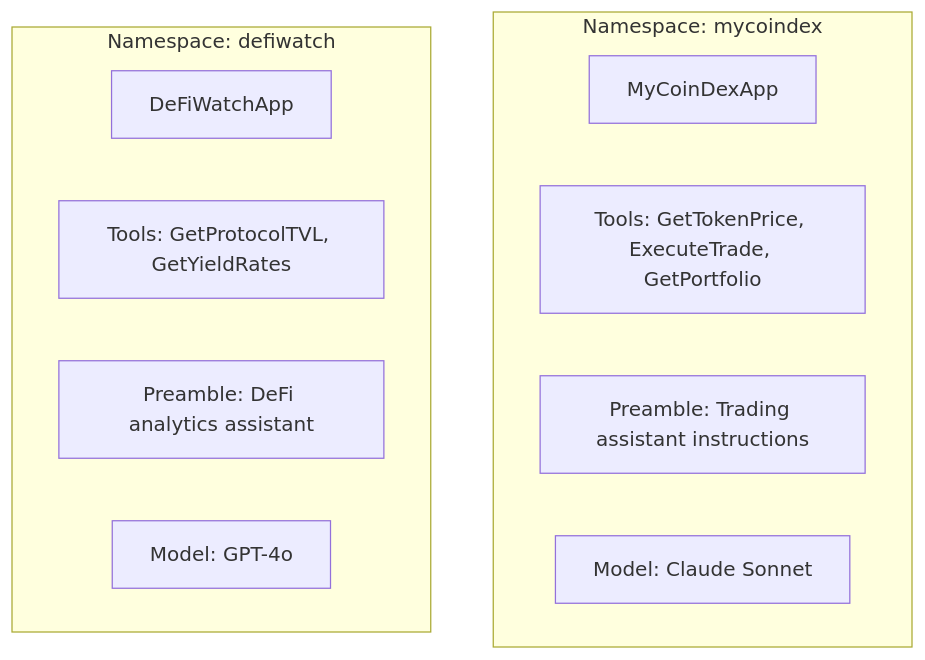
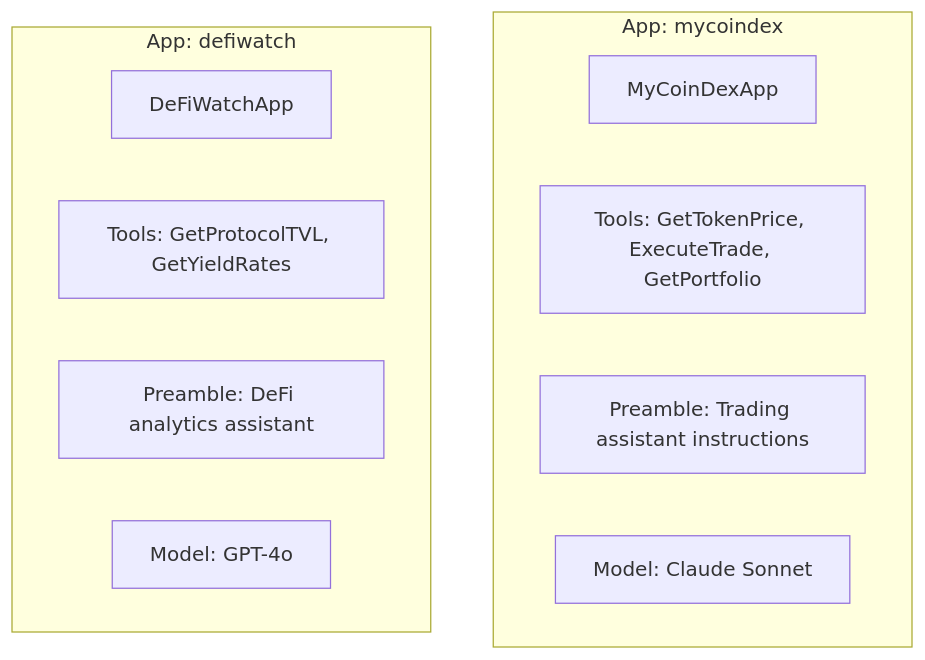
The first of 2 diagrams in apps/landing/content/guides/build/namespaces.mdx (aomi-labs/aomi-widget), drawn with Mermaid before and after one commit. The commit also changed other lines of this file and 17 other files, not shown here.

First line of the commit message:
Rename namespace to App in docs and UI

````diff
--- a/apps/landing/content/guides/build/namespaces.mdx
+++ b/apps/landing/content/guides/build/namespaces.mdx
@@ -23,16 +23,16 @@
 ```mermaid
 flowchart TB
-    subgraph "Namespace: mycoindex"
+    subgraph "App: mycoindex"
         APP[MyCoinDexApp]
         TOOLS[Tools: GetTokenPrice, ExecuteTrade, GetPortfolio]
         PREAMBLE[Preamble: Trading assistant instructions]
         MODEL[Model: Claude Sonnet]
     end
 
-    subgraph "Namespace: defiwatch"
+    subgraph "App: defiwatch"
         APP2[DeFiWatchApp]
         TOOLS2[Tools: GetProtocolTVL, GetYieldRates]
         PREAMBLE2[Preamble: DeFi analytics assistant]
         MODEL2[Model: GPT-4o]
     end
 ```
````
